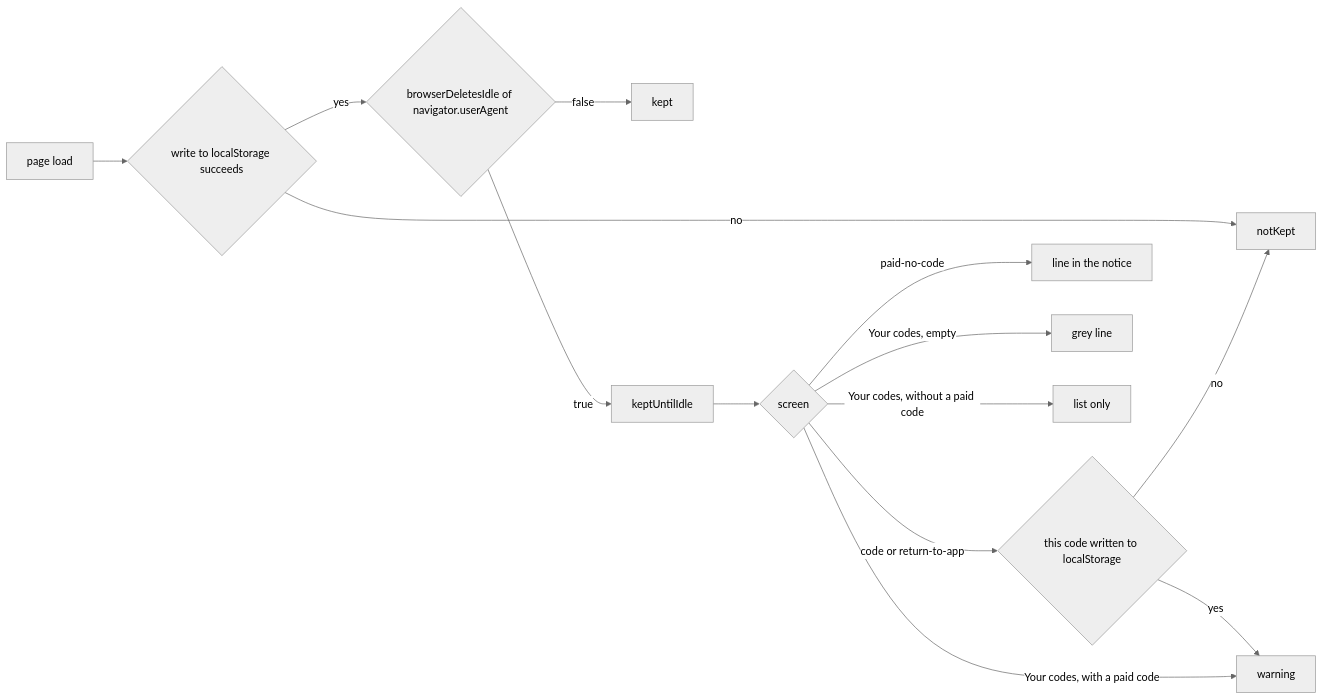
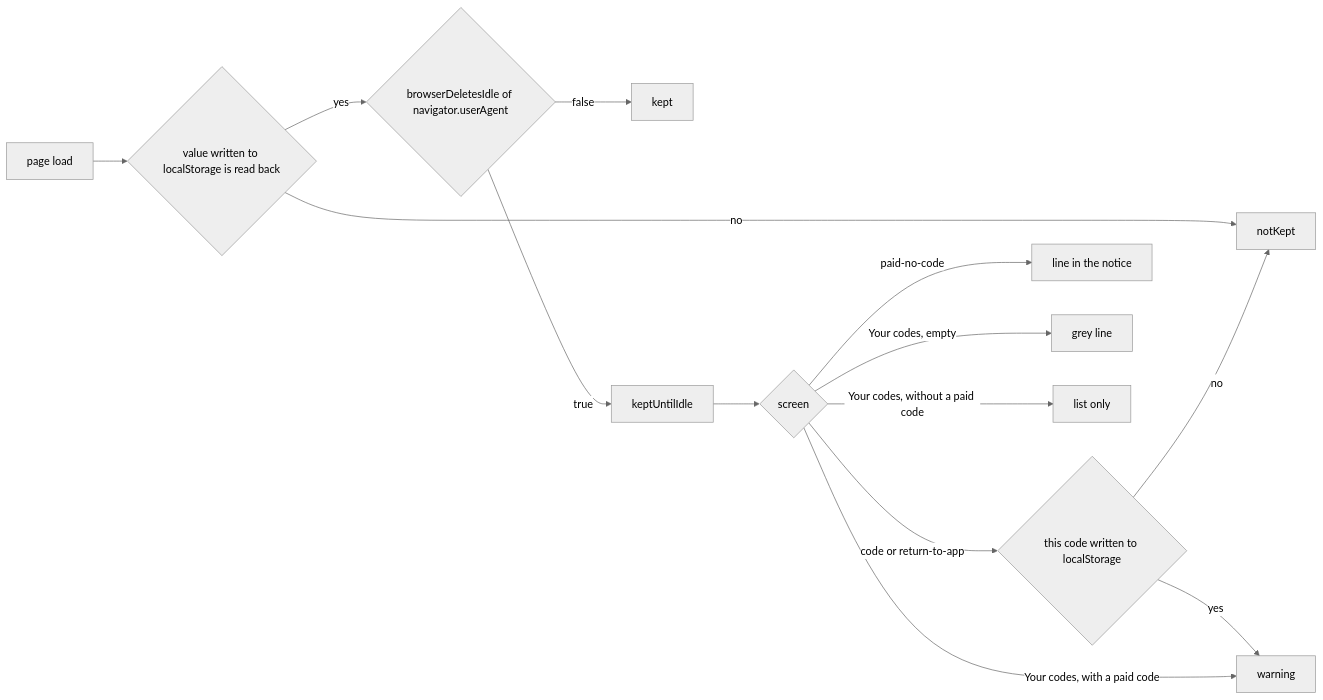
One commit to simplex-chat/simplex-chat changed the diagram in plans/2026-11-17-badges-browser-deletes-codes.md. Above: the diagram before and after it, drawn with Mermaid (neutral theme). The commit also changed other lines of this file, not shown here.

Commit message:
plans: badges retention read back, Android stock browser

````diff
--- a/plans/2026-11-17-badges-browser-deletes-codes.md
+++ b/plans/2026-11-17-badges-browser-deletes-codes.md
@@ -49,16 +49,16 @@
 ```mermaid
 flowchart LR
-  load[page load] --> w0{write to localStorage succeeds}
+  load[page load] --> w0{value written to localStorage is read back}
   w0 -->|no| nk[notKept]
   w0 -->|yes| d{browserDeletesIdle of navigator.userAgent}
   d -->|false| k[kept]
   d -->|true| u[keptUntilIdle]
   u --> s{screen}
   s -->|code or return-to-app| c{this code written to localStorage}
   c -->|yes| box[warning]
   c -->|no| nk
   s -->|paid-no-code| notice[line in the notice]
   s -->|Your codes, empty| grey[grey line]
   s -->|Your codes, with a paid code| box
   s -->|Your codes, without a paid code| plain[list only]
 ```
````
